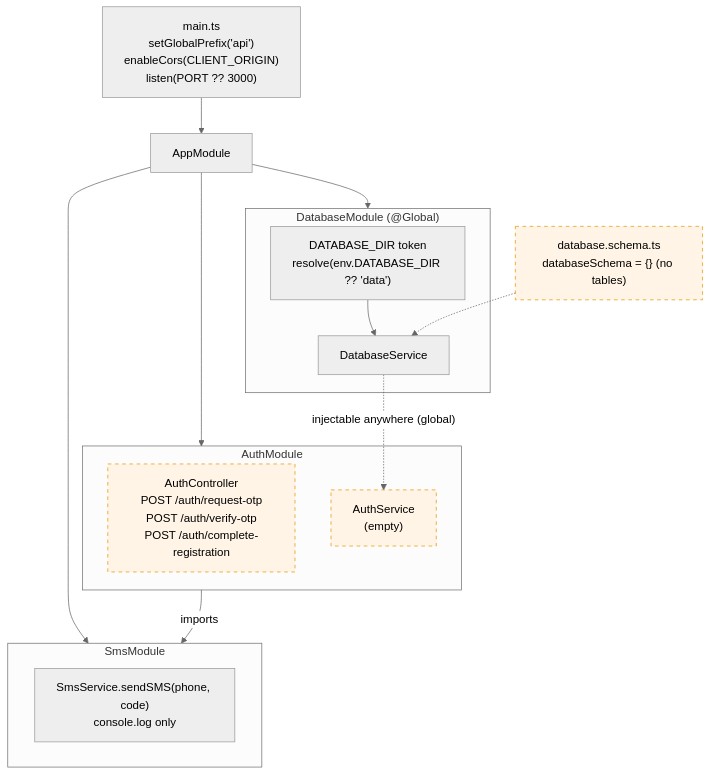
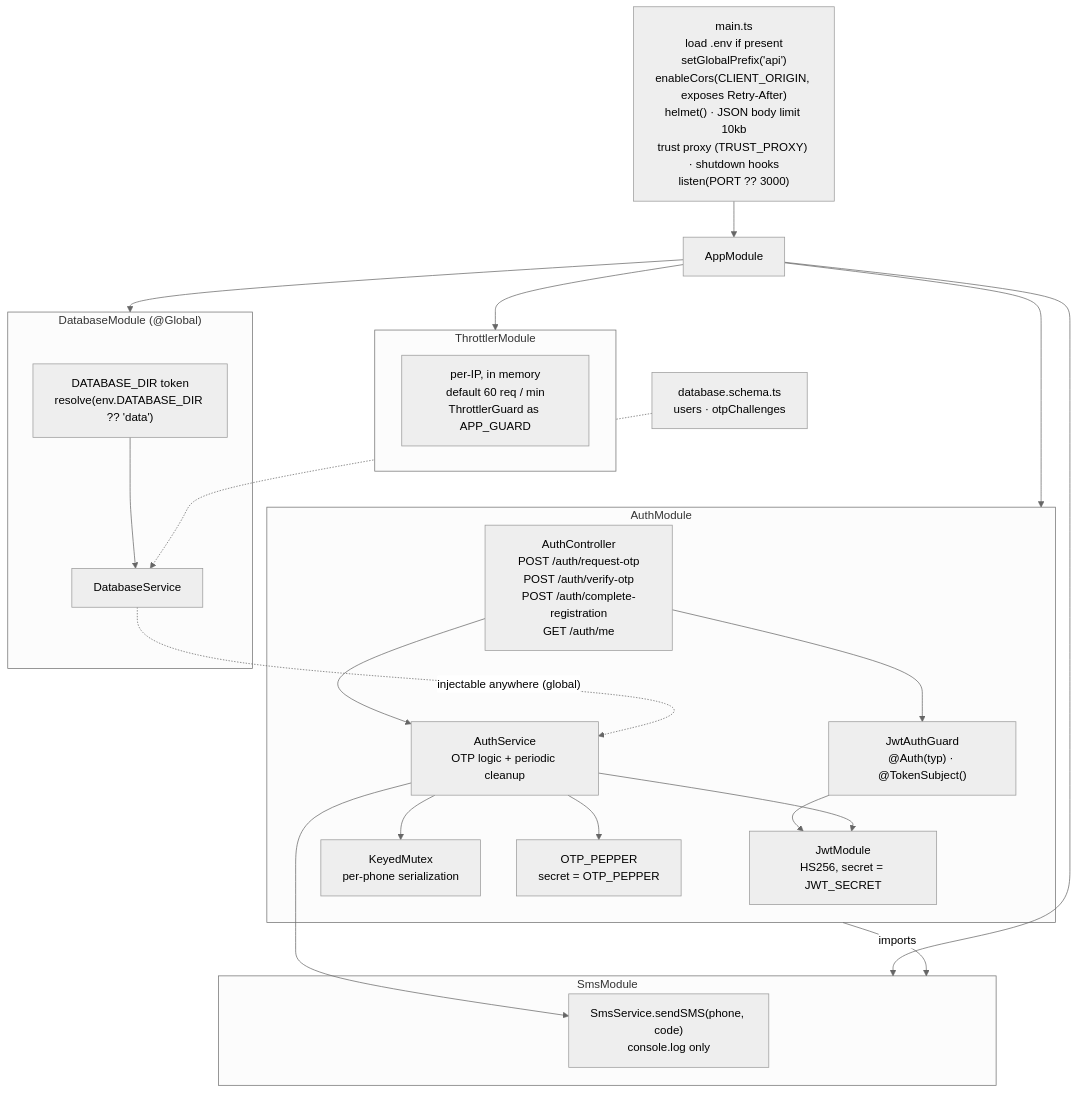
The second of 10 diagrams in FLOW.md (ormizj/OtpAuthAssessment), drawn with Mermaid (neutral theme) before and after one commit. The commit also changed other lines of this file and 2 other files, not shown here.

Commit message:
Document assumptions and update flow diagrams to the implemented app

````diff
--- a/FLOW.md
+++ b/FLOW.md
@@ -41,33 +36,46 @@
 ```mermaid
 flowchart TB
-    main["main.ts<br/>setGlobalPrefix('api')<br/>enableCors(CLIENT_ORIGIN)<br/>listen(PORT ?? 3000)"]
+    main["main.ts<br/>load .env if present<br/>setGlobalPrefix('api')<br/>enableCors(CLIENT_ORIGIN, exposes Retry-After)<br/>helmet() · JSON body limit 10kb<br/>trust proxy (TRUST_PROXY) · shutdown hooks<br/>listen(PORT ?? 3000)"]
     app["AppModule"]
+
+    subgraph THR["ThrottlerModule"]
+        thr["per-IP, in memory<br/>default 60 req / min<br/>ThrottlerGuard as APP_GUARD"]
+    end
 
     subgraph DBM["DatabaseModule (@Global)"]
         dir["DATABASE_DIR token<br/>resolve(env.DATABASE_DIR ?? 'data')"]
         dbs["DatabaseService"]
         dir --> dbs
     end
 
     subgraph SMSM["SmsModule"]
         sms["SmsService.sendSMS(phone, code)<br/>console.log only"]
     end
 
     subgraph AUTHM["AuthModule"]
-        ctrl["AuthController<br/>POST /auth/request-otp<br/>POST /auth/verify-otp<br/>POST /auth/complete-registration"]
-        svc["AuthService<br/>(empty)"]
+        jwt["JwtModule<br/>HS256, secret = JWT_SECRET"]
+        ctrl["AuthController<br/>POST /auth/request-otp<br/>POST /auth/verify-otp<br/>POST /auth/complete-registration<br/>GET /auth/me"]
+        svc["AuthService<br/>OTP logic + periodic cleanup"]
+        guard["JwtAuthGuard<br/>@Auth(typ) · @TokenSubject()"]
+        mutex["KeyedMutex<br/>per-phone serialization"]
+        pepper["OTP_PEPPER<br/>secret = OTP_PEPPER"]
     end
 
-    schema["database.schema.ts<br/>databaseSchema = {} (no tables)"]
+    schema["database.schema.ts<br/>users · otpChallenges"]
 
     main --> app
+    app --> THR
     app --> DBM
     app --> SMSM
     app --> AUTHM
     AUTHM -- imports --> SMSM
+    ctrl --> svc
+    ctrl --> guard
+    guard --> jwt
+    svc --> jwt
+    svc --> mutex
+    svc --> pepper
+    svc --> sms
     schema -.-> dbs
     dbs -. "injectable anywhere (global)" .-> svc
-
-    classDef stub fill:#fff4e5,stroke:#e69500,stroke-dasharray: 5 5,color:#000
-    class ctrl,svc,schema stub
 ```
````
